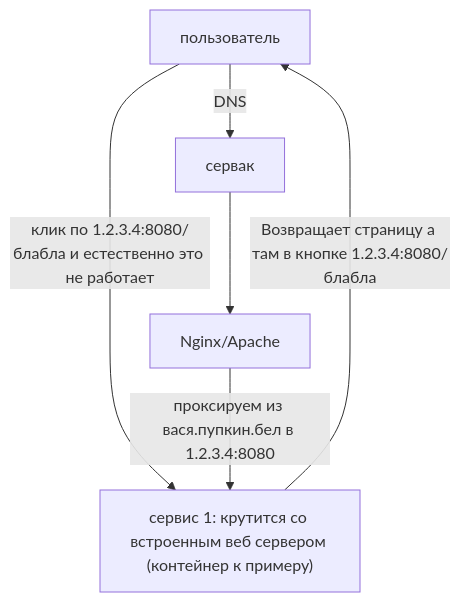
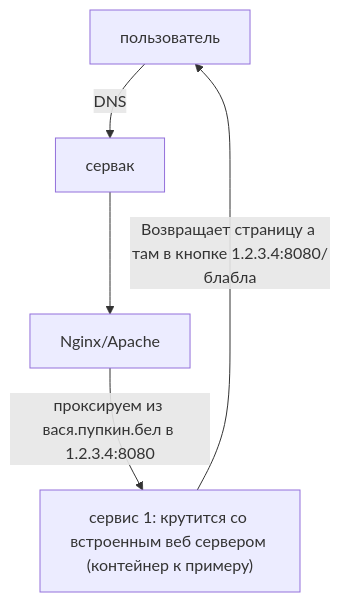
Before and after one commit to EvgenBuiko/obsidian-dg-notes: the diagram in src/site/notes/Public/posts/post0.md, drawn with Mermaid. The commit also changed other lines of this file and 1 other file, not shown here.

````diff
--- a/src/site/notes/Public/posts/post0.md
+++ b/src/site/notes/Public/posts/post0.md
@@ -16,8 +16,7 @@
 ```mermaid
 flowchart TD
 A["пользователь"] -- DNS --> B["сервак"]
-A -- "клик по 1.2.3.4:8080/блабла и естественно это не работает" --> D["сервис 1: крутится со встроенным веб сервером (контейнер к примеру)"]	
 B --> C["Nginx/Apache"]
 C -- "проксируем из вася.пупкин.бел в 1.2.3.4:8080" --> D
-D -- "Возвращает страницу а там в кнопке 1.2.3.4:8080/блабла" --> A
+D["сервис 1: крутится со встроенным веб сервером (контейнер к примеру)"] -- "Возвращает страницу а там в кнопке 1.2.3.4:8080/блабла" --> A
 ```
````
